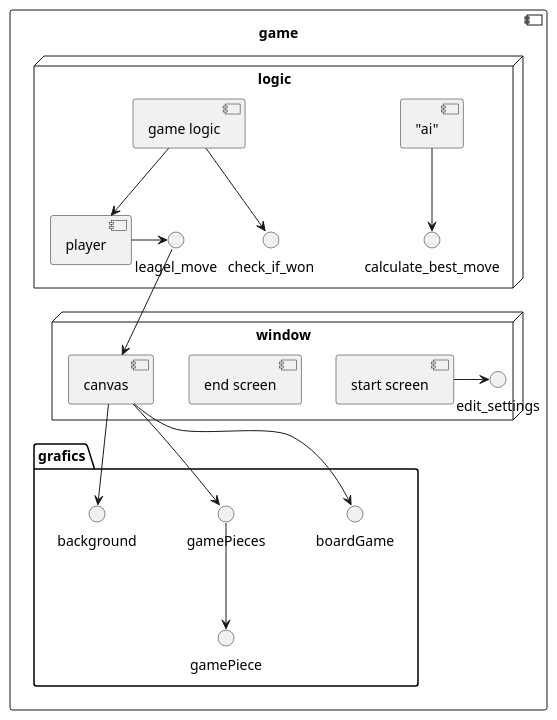
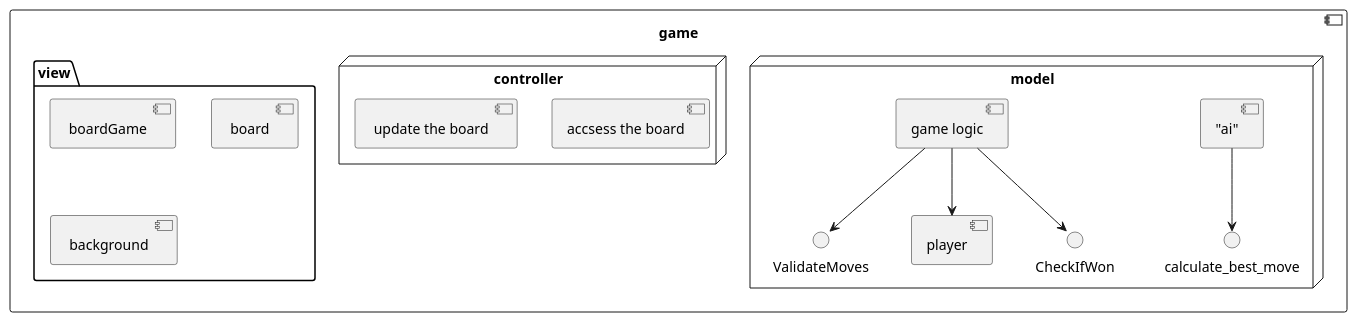
The diagram in top_down_evel_Design.pu (yarin28/Quixo), drawn with PlantUML before and after one commit.

Commit message:
updated the pu (planet uml) of top down level diag

```diff
--- a/top_down_evel_Design.pu
+++ b/top_down_evel_Design.pu
@@ -1,23 +1,21 @@
 @startuml top down Design
 component game{
-node "window" {
-[end screen]
-[start screen]->edit_settings
-[canvas]
+
+node "model" {
+["ai"]--> calculate_best_move
+[game logic]--> ValidateMoves
+[game logic]--> [player]
+[game logic]--> CheckIfWon
 }
 
-node "logic" {
-["ai"]--> calculate_best_move
-[game logic]--> check_if_won
-[game logic]--> [player]
-[player] -> leagel_move
-leagel_move-->[canvas]
+node "controller" {
+[accsess the board]
+ [ update the board ]
 }
-package "grafics" {
-    [canvas]--> boardGame
-    [canvas]--> gamePieces
-    [canvas]--> background
-    gamePieces--> gamePiece
+package "view" {
+     [ boardGame ]
+     [ board ]
+     [ background ]
 }
 }
 @enduml
```
